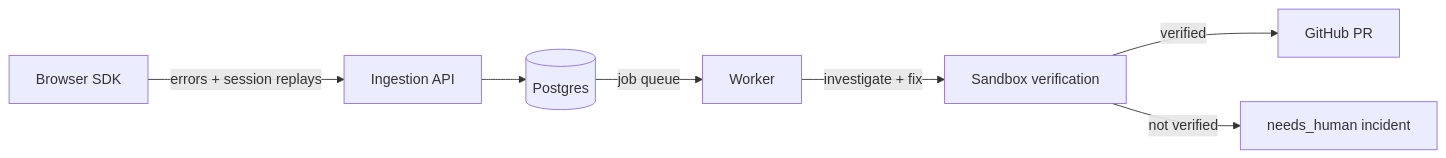
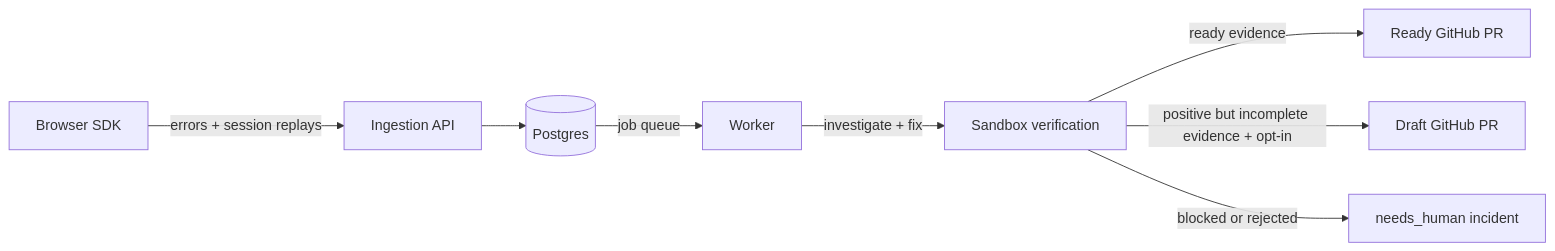
The diagram in README.md (opslane/opslane-oss), drawn with Mermaid before and after one commit. The commit also changed other lines of this file and 9 other files, not shown here.

````diff
--- a/README.md
+++ b/README.md
@@ -9,9 +9,10 @@
 ```mermaid
 flowchart LR
     A[Browser SDK] -->|errors + session replays| B[Ingestion API]
     B --> C[(Postgres)]
     C -->|job queue| D[Worker]
     D -->|investigate + fix| E[Sandbox verification]
-    E -->|verified| F[GitHub PR]
-    E -->|not verified| G[needs_human incident]
+    E -->|ready evidence| F[Ready GitHub PR]
+    E -->|positive but incomplete evidence + opt-in| G[Draft GitHub PR]
+    E -->|blocked or rejected| H[needs_human incident]
 ```
````
